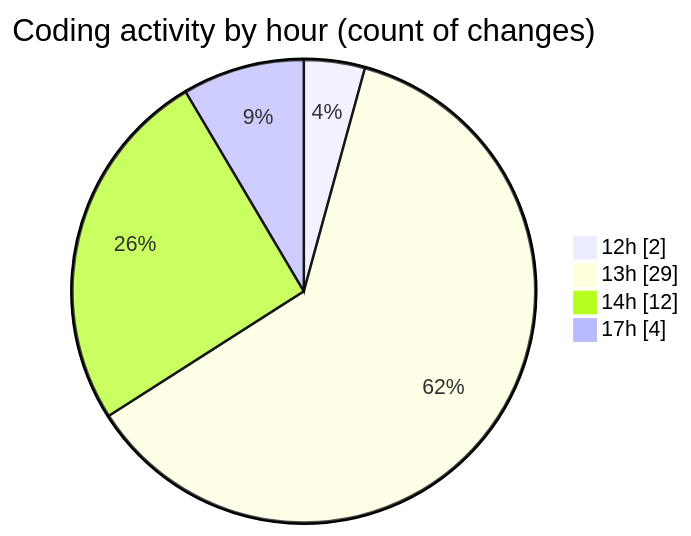
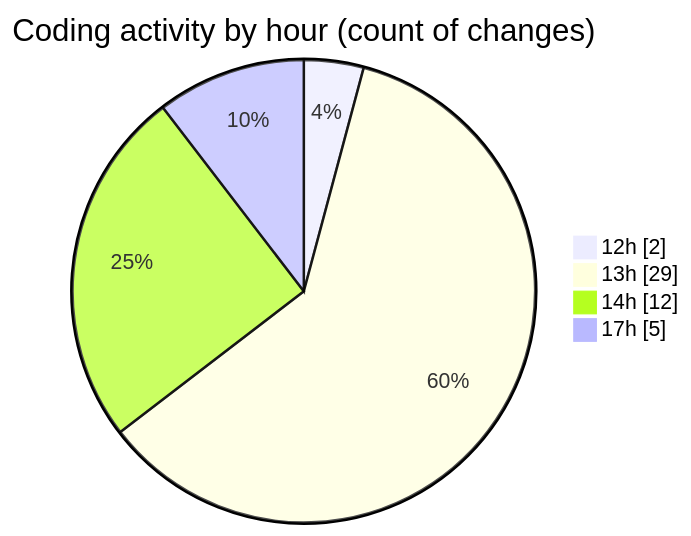
One commit to idhammustaqopulfikri/code-tracking changed the second of 2 diagrams in 2025-06-20/studio-backend/README.md. Above: the diagram before and after it, drawn with Mermaid. The commit also changed other lines of this file and 1 other file, not shown here.

````diff
--- a/2025-06-20/studio-backend/README.md
+++ b/2025-06-20/studio-backend/README.md
@@ -35,8 +35,8 @@
 ```mermaid
 pie showData
 title Coding activity by hour (count of changes)
 "12h" : 2
 "13h" : 29
 "14h" : 12
-"17h" : 4
+"17h" : 5
 ```
````
